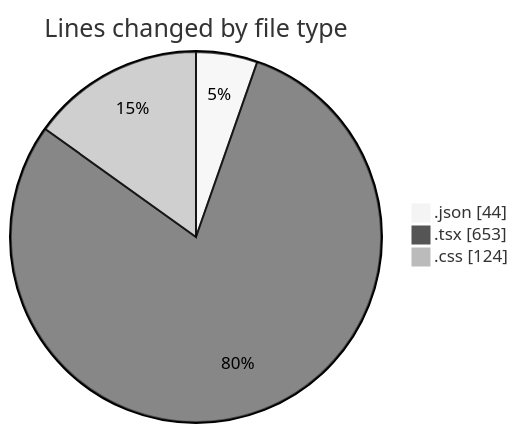
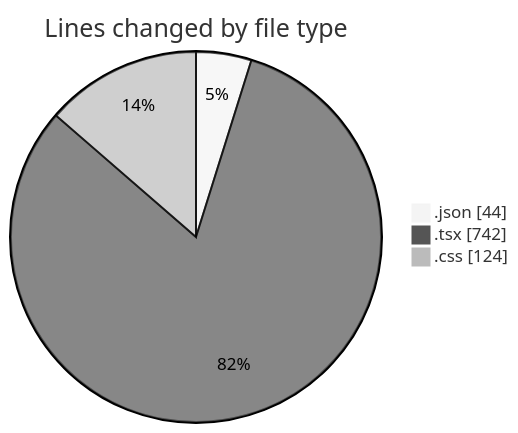
One commit to robertbonfada/code-tracking changed the first of 2 diagrams in 2025-03-18/peregrino-web/README.md. Above: the diagram before and after it, drawn with Mermaid (neutral theme). The commit also changed other lines of this file and 1 other file, not shown here.

````diff
--- a/2025-03-18/peregrino-web/README.md
+++ b/2025-03-18/peregrino-web/README.md
@@ -29,7 +29,7 @@
 ```mermaid
 pie showData
 title Lines changed by file type
 ".json" : 44
-".tsx" : 653
+".tsx" : 742
 ".css" : 124
 ```
````
